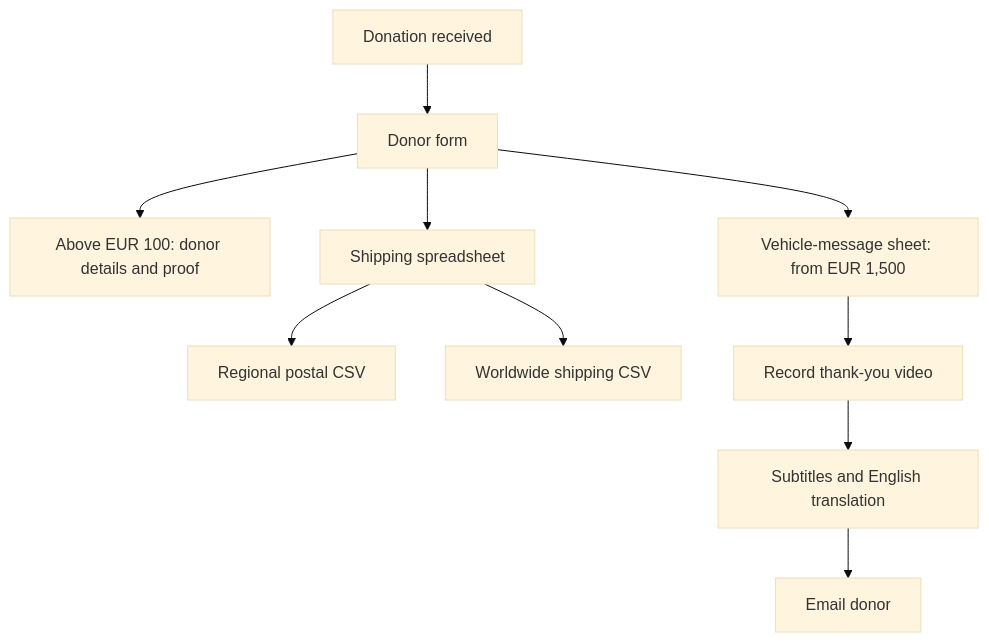
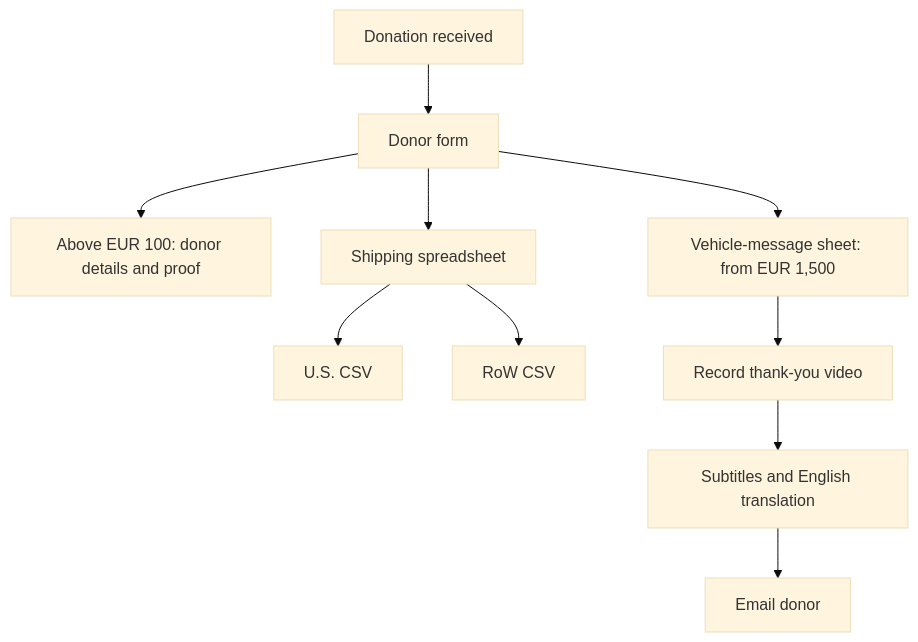
One commit to bob-606/man.help69.si changed the fourth of 5 diagrams in docs/README.md. Above: the diagram before and after it, drawn with Mermaid (base theme). The commit also changed other lines of this file, not shown here.

````diff
--- a/docs/README.md
+++ b/docs/README.md
@@ -118,12 +118,12 @@
 ```mermaid
 flowchart TD
     donation["Donation received"] --> form["Donor form"]
     form --> details["Above EUR 100: donor details and proof"]
     form --> shipping["Shipping spreadsheet"]
-    shipping --> regional["Regional postal CSV"]
-    shipping --> worldwide["Worldwide shipping CSV"]
+    shipping --> regional["U.S. CSV"]
+    shipping --> worldwide["RoW CSV"]
     form --> messages["Vehicle-message sheet: from EUR 1,500"]
     messages --> video["Record thank-you video"]
     video --> subtitles["Subtitles and English translation"]
     subtitles --> email["Email donor"]
 ```
````
